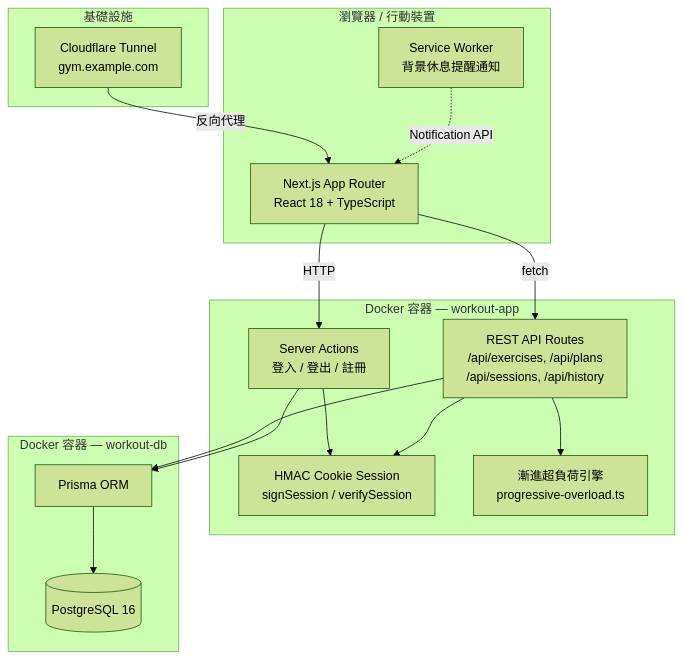
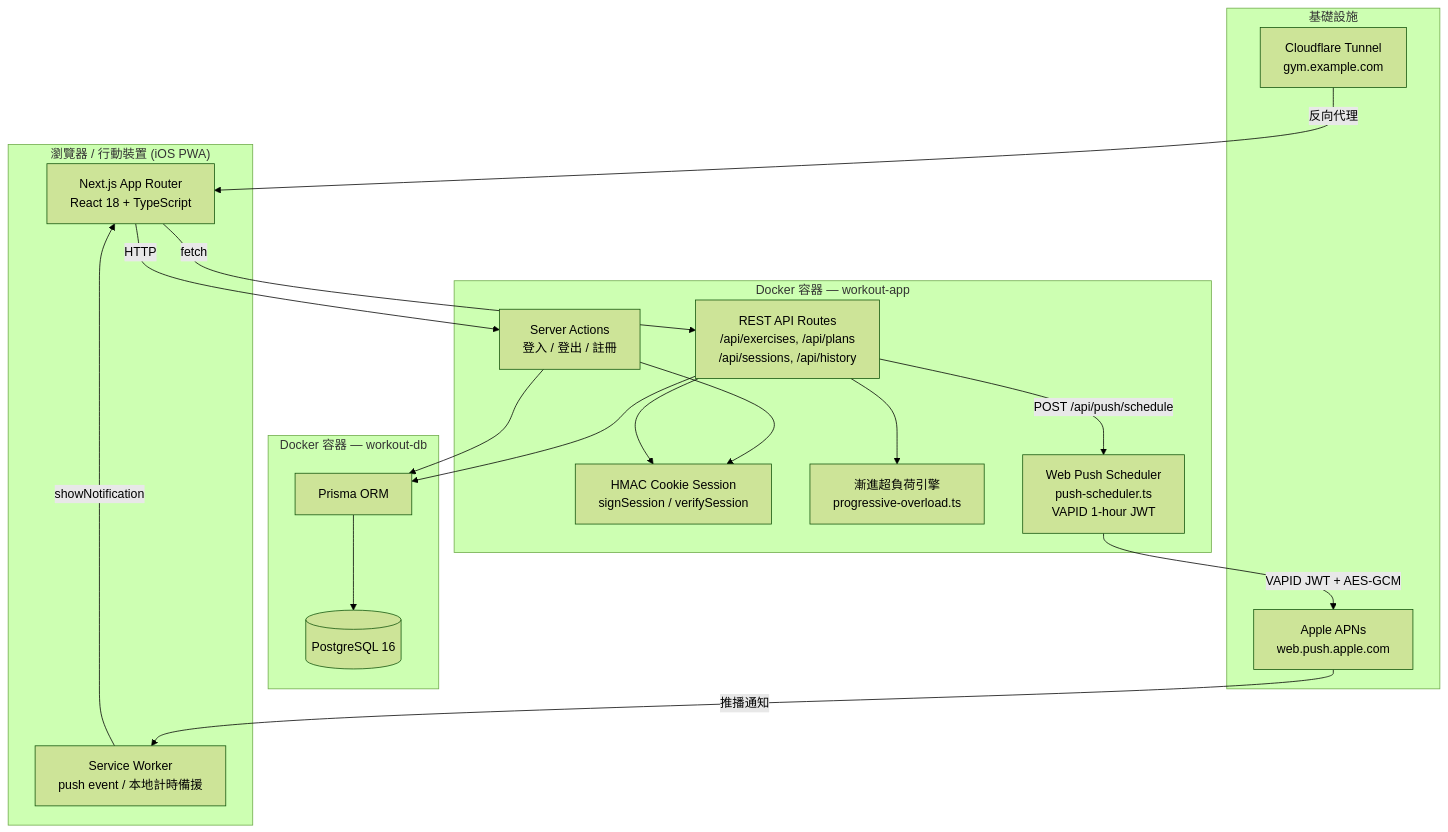
The third of 4 diagrams in README.md (hyaochen/GymBuddy), drawn with Mermaid (forest theme) before and after one commit. The commit also changed other lines of this file and 37 other files, not shown here.

````diff
--- a/README.md
+++ b/README.md
@@ -160,34 +163,39 @@
 ```mermaid
 graph TB
-    subgraph Client["瀏覽器 / 行動裝置"]
+    subgraph Client["瀏覽器 / 行動裝置 (iOS PWA)"]
         UI[Next.js App Router\nReact 18 + TypeScript]
-        SW[Service Worker\n背景休息提醒通知]
+        SW[Service Worker\npush event / 本地計時備援]
     end
 
     subgraph Server["Docker 容器 — workout-app"]
         SA[Server Actions\n登入 / 登出 / 註冊]
         API[REST API Routes\n/api/exercises, /api/plans\n/api/sessions, /api/history]
         AUTH[HMAC Cookie Session\nsignSession / verifySession]
         PO[漸進超負荷引擎\nprogressive-overload.ts]
+        PUSH[Web Push Scheduler\npush-scheduler.ts\nVAPID 1-hour JWT]
     end
 
     subgraph DB["Docker 容器 — workout-db"]
         PG[(PostgreSQL 16)]
         PRISMA[Prisma ORM]
     end
 
     subgraph Infra["基礎設施"]
         CF[Cloudflare Tunnel\ngym.example.com]
+        APNS[Apple APNs\nweb.push.apple.com]
     end
 
     UI -->|HTTP| SA
     UI -->|fetch| API
     SA --> AUTH
     API --> AUTH
     API --> PRISMA
     SA --> PRISMA
     PRISMA --> PG
     API --> PO
     CF -->|反向代理| UI
-    SW -.->|Notification API| UI
+    API -->|POST /api/push/schedule| PUSH
+    PUSH -->|VAPID JWT + AES-GCM| APNS
+    APNS -->|推播通知| SW
+    SW -->|showNotification| UI
 ```
````
